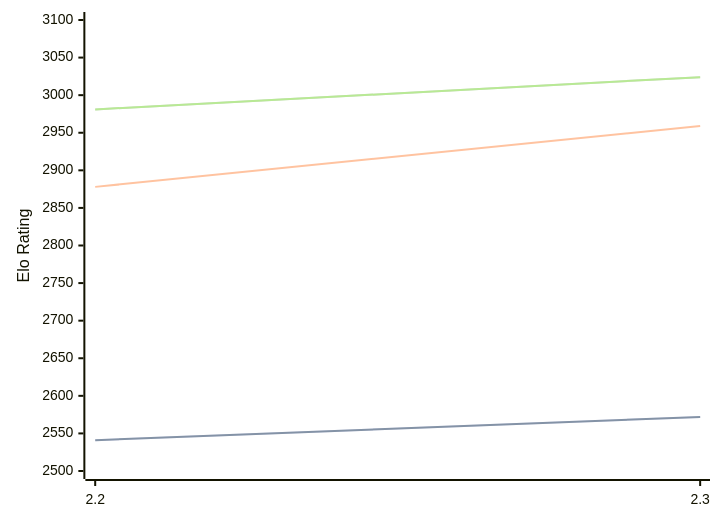
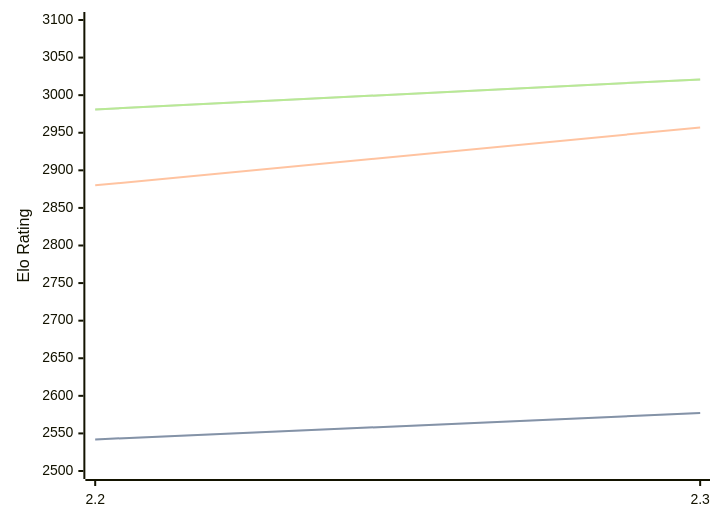
Before and after one commit to computer-chess-index/cci: the diagram in engines/Sloth.md, drawn with Mermaid. The commit also changed other lines of this file, not shown here.

Commit message:
Update CCI Ratings (ELO VLTC) - 2026-10-08

````diff
--- a/engines/Sloth.md
+++ b/engines/Sloth.md
@@ -32,11 +32,11 @@
 ```mermaid
 %%{init: {"theme":"base","themeVariables":{"seriesColors:['#a3a3a3','#222221','#faa371']}}}%%
 xychart-beta
   x-axis ["2.2", "2.3"]
   y-axis "Elo Rating" 2500 --> 3100
-  line "" [2541, 2572]
-  line "STC (8.0+0.08s)" [2541, 2572]
-  line "LTC (60.0+0.60s)" [2878, 2959]
-  line "" [2981, 3024]
-  line "VLTC (2m24s+1.12s)" [2981, 3024]
+  line "" [2542, 2577]
+  line "STC (8.0+0.08s)" [2542, 2577]
+  line "LTC (60.0+0.60s)" [2880, 2957]
+  line "" [2981, 3021]
+  line "VLTC (2m24s+1.12s)" [2981, 3021]
 ```
````
